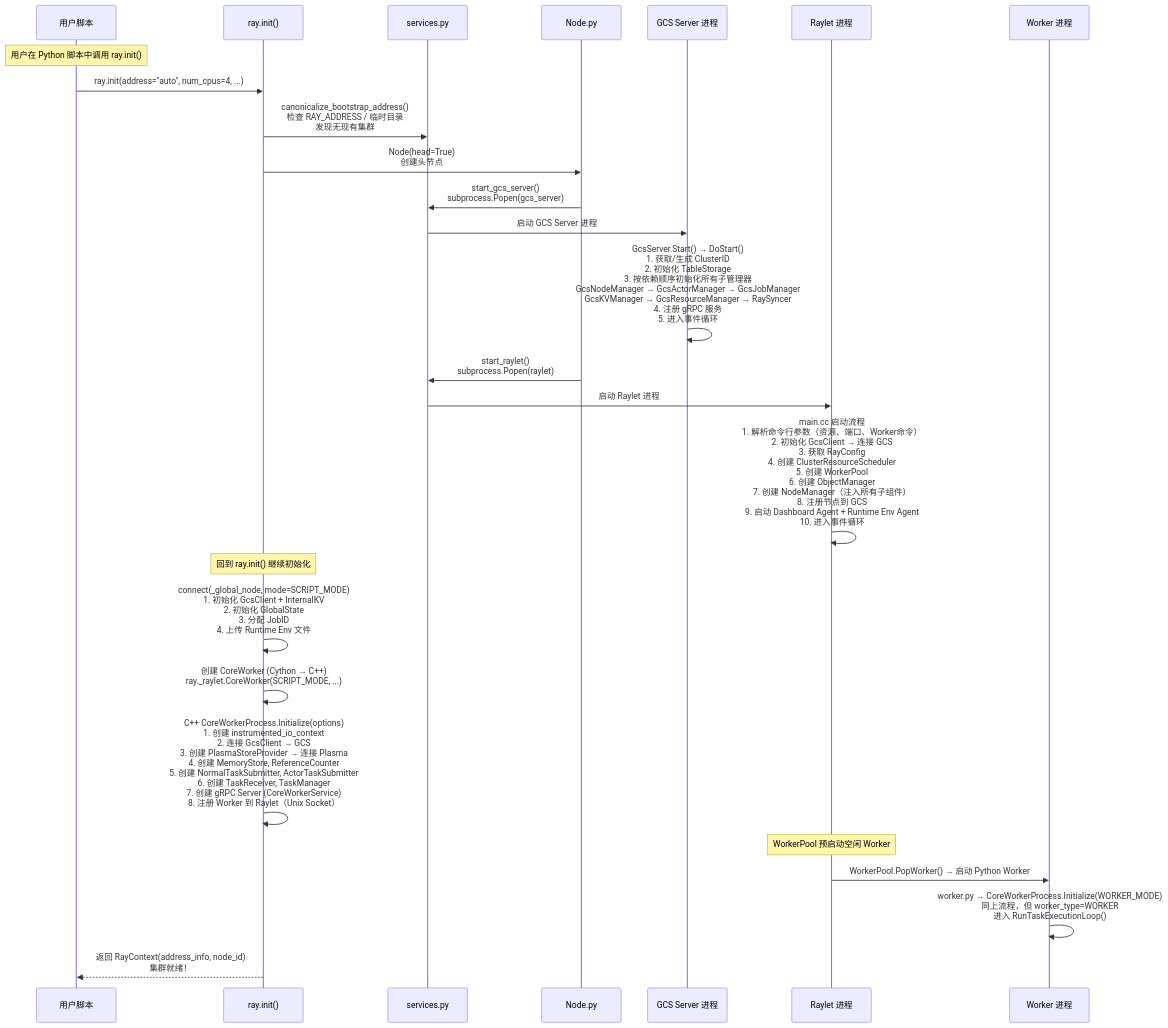
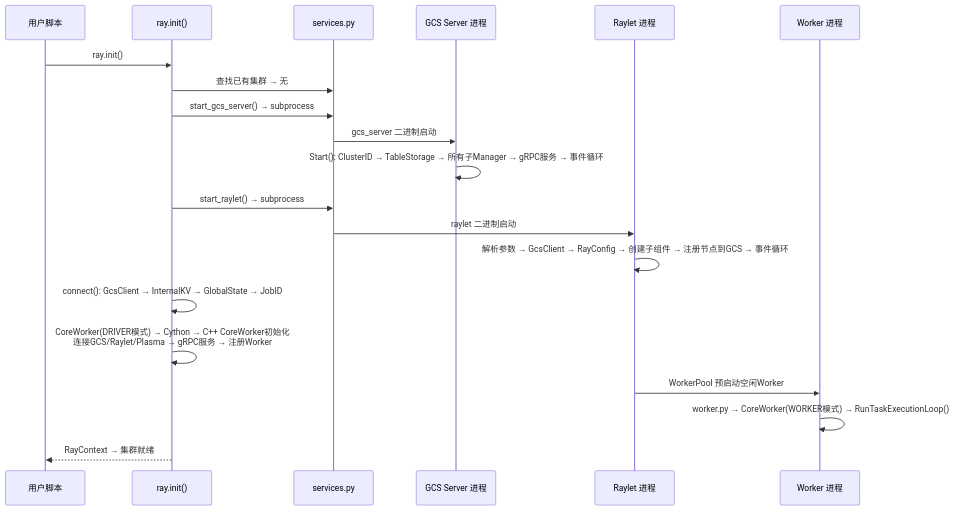
The second of 6 diagrams in doc/source/ray-core/ray-architecture-overview.md (wangguimin18-boop/ray-project), drawn with Mermaid before and after one commit. The commit also changed other lines of this file, not shown here.

````diff
--- a/doc/source/ray-core/ray-architecture-overview.md
+++ b/doc/source/ray-core/ray-architecture-overview.md
@@ -587,37 +341,27 @@
 ```mermaid
 sequenceDiagram
     participant User as 用户脚本
     participant Init as ray.init()
-    participant Services as services.py
-    participant NodePy as Node.py
-    participant GCSProc as GCS Server 进程
-    participant RayletProc as Raylet 进程
-    participant WorkerProc as Worker 进程
+    participant SVC as services.py
+    participant GCS as GCS Server 进程
+    participant RL as Raylet 进程
+    participant WK as Worker 进程
 
-    Note over User: 用户在 Python 脚本中调用 ray.init()
+    User->>Init: ray.init()
+    Init->>SVC: 查找已有集群 → 无
+    Init->>SVC: start_gcs_server() → subprocess
+    SVC->>GCS: gcs_server 二进制启动
+    GCS->>GCS: Start(): ClusterID → TableStorage → 所有子Manager → gRPC服务 → 事件循环
 
-    User->>Init: ray.init(address="auto", num_cpus=4, ...)
-    Init->>Services: canonicalize_bootstrap_address()<br>检查 RAY_ADDRESS / 临时目录<br>发现无现有集群
-    Init->>NodePy: Node(head=True)<br>创建头节点
+    Init->>SVC: start_raylet() → subprocess
+    SVC->>RL: raylet 二进制启动
+    RL->>RL: 解析参数 → GcsClient → RayConfig → 创建子组件 → 注册节点到GCS → 事件循环
 
-    NodePy->>Services: start_gcs_server()<br>subprocess.Popen(gcs_server)
-    Services->>GCSProc: 启动 GCS Server 进程
-    GCSProc->>GCSProc: GcsServer.Start() → DoStart()<br>1. 获取/生成 ClusterID<br>2. 初始化 TableStorage<br>3. 按依赖顺序初始化所有子管理器<br>   GcsNodeManager → GcsActorManager → GcsJobManager<br>   GcsKVManager → GcsResourceManager → RaySyncer<br>4. 注册 gRPC 服务<br>5. 进入事件循环
+    Init->>Init: connect(): GcsClient → InternalKV → GlobalState → JobID
+    Init->>Init: CoreWorker(DRIVER模式) → Cython → C++ CoreWorker初始化<br>连接GCS/Raylet/Plasma → gRPC服务 → 注册Worker
 
-    NodePy->>Services: start_raylet()<br>subprocess.Popen(raylet)
-    Services->>RayletProc: 启动 Raylet 进程
-    RayletProc->>RayletProc: main.cc 启动流程<br>1. 解析命令行参数（资源、端口、Worker命令）<br>2. 初始化 GcsClient → 连接 GCS<br>3. 获取 RayConfig<br>4. 创建 ClusterResourceScheduler<br>5. 创建 WorkerPool<br>6. 创建 ObjectManager<br>7. 创建 NodeManager（注入所有子组件）<br>8. 注册节点到 GCS<br>9. 启动 Dashboard Agent + Runtime Env Agent<br>10. 进入事件循环
+    RL->>WK: WorkerPool 预启动空闲Worker
+    WK->>WK: worker.py → CoreWorker(WORKER模式) → RunTaskExecutionLoop()
 
-    Note over Init: 回到 ray.init() 继续初始化
-
-    Init->>Init: connect(_global_node, mode=SCRIPT_MODE)<br>1. 初始化 GcsClient + InternalKV<br>2. 初始化 GlobalState<br>3. 分配 JobID<br>4. 上传 Runtime Env 文件
-
-    Init->>Init: 创建 CoreWorker (Cython → C++)<br>ray._raylet.CoreWorker(SCRIPT_MODE, ...)
-    Init->>Init: C++ CoreWorkerProcess.Initialize(options)<br>1. 创建 instrumented_io_context<br>2. 连接 GcsClient → GCS<br>3. 创建 PlasmaStoreProvider → 连接 Plasma<br>4. 创建 MemoryStore, ReferenceCounter<br>5. 创建 NormalTaskSubmitter, ActorTaskSubmitter<br>6. 创建 TaskReceiver, TaskManager<br>7. 创建 gRPC Server (CoreWorkerService)<br>8. 注册 Worker 到 Raylet（Unix Socket）
-
-    Note over RayletProc: WorkerPool 预启动空闲 Worker
-    RayletProc->>WorkerProc: WorkerPool.PopWorker() → 启动 Python Worker
-    WorkerProc->>WorkerProc: worker.py → CoreWorkerProcess.Initialize(WORKER_MODE)<br>同上流程，但 worker_type=WORKER<br>进入 RunTaskExecutionLoop()
-
-    Init-->>User: 返回 RayContext(address_info, node_id)<br>集群就绪！
+    Init-->>User: RayContext → 集群就绪
 ```
````
